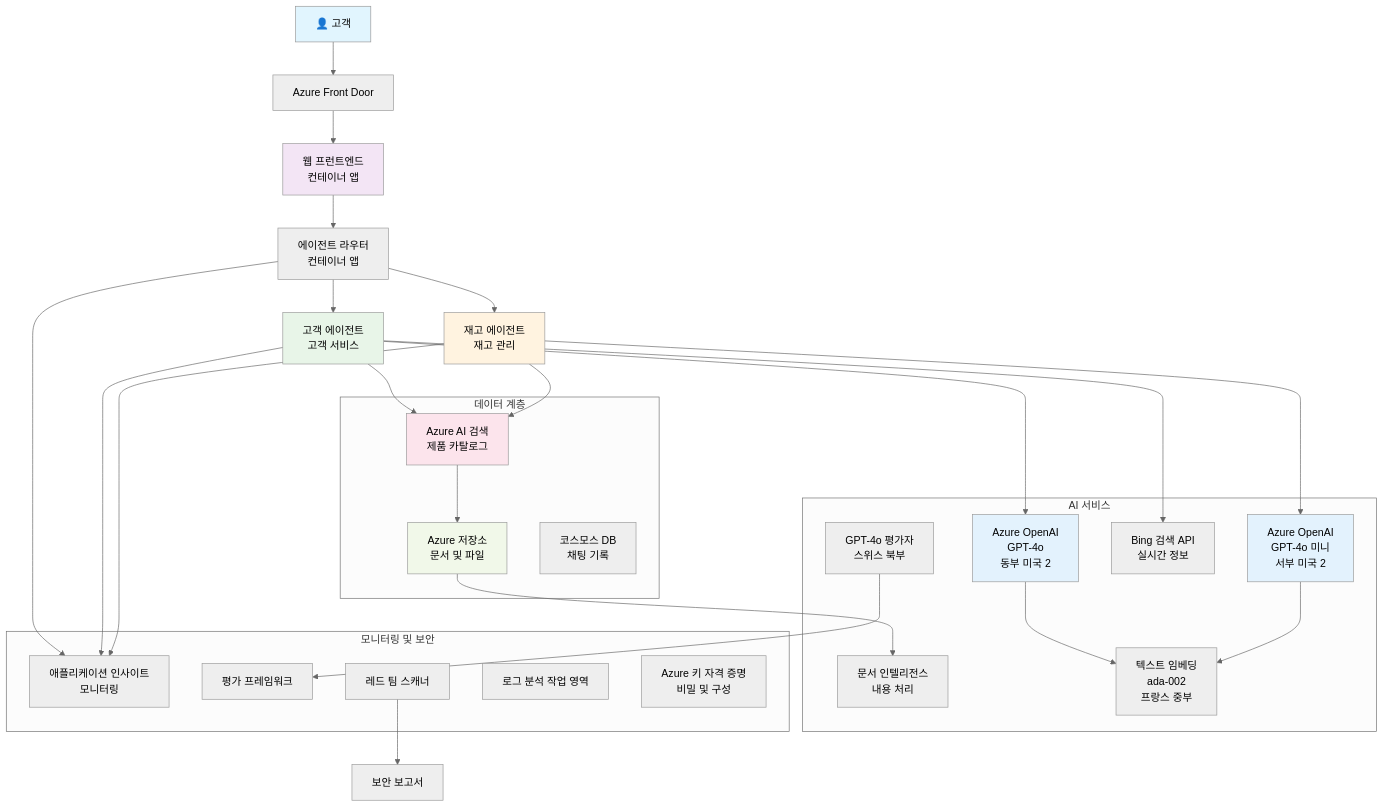
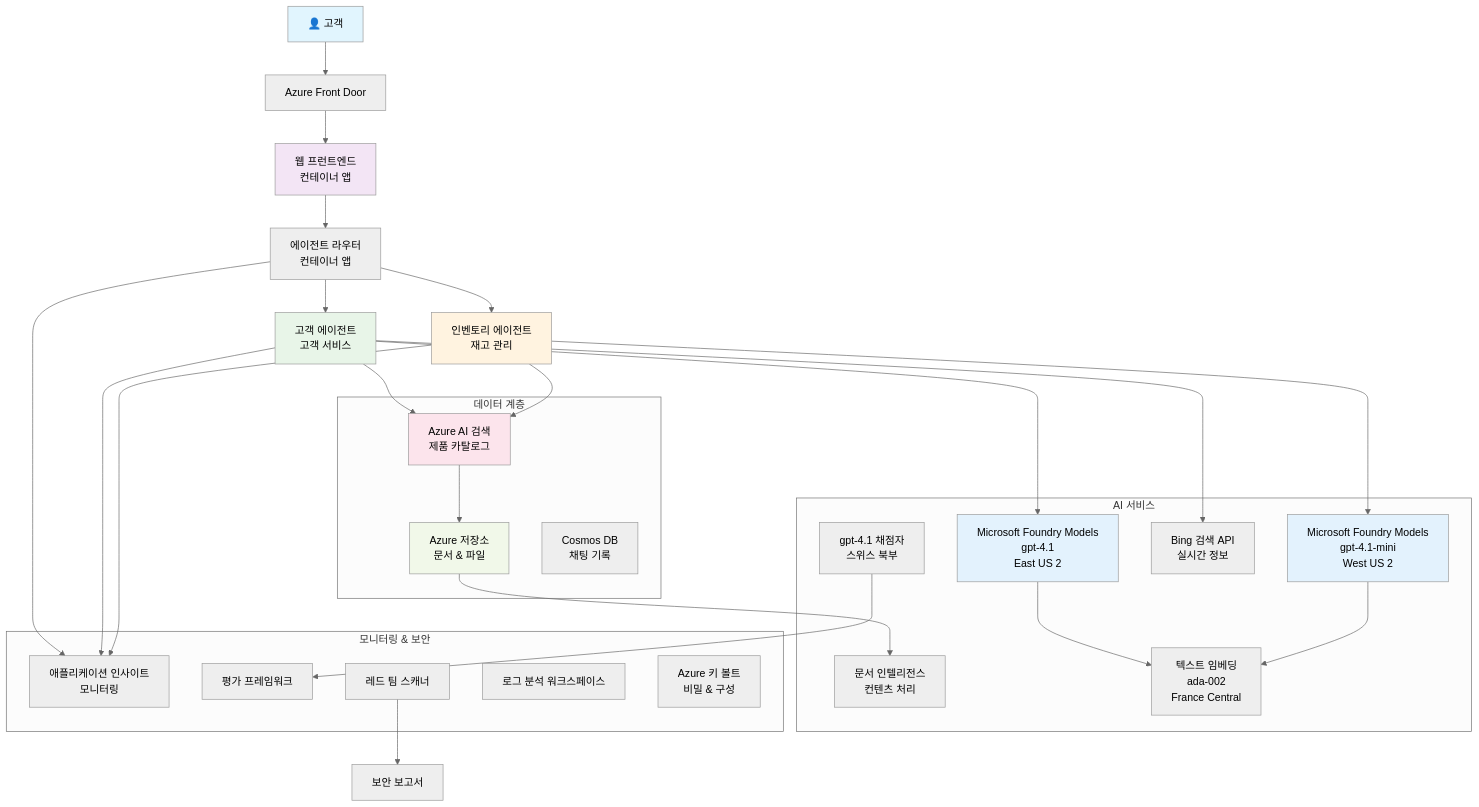
The diagram in translations/ko/examples/retail-scenario.md (microsoft/AZD-for-beginners), drawn with Mermaid (neutral theme) before and after one commit. The commit also changed other lines of this file and 101 other files, not shown here.

````diff
--- a/translations/ko/examples/retail-scenario.md
+++ b/translations/ko/examples/retail-scenario.md
@@ -139,61 +139,61 @@
 ```mermaid
 graph TB
     User[👤 고객] --> LB[Azure Front Door]
     LB --> WebApp[웹 프런트엔드<br/>컨테이너 앱]
     
     WebApp --> Router[에이전트 라우터<br/>컨테이너 앱]
     Router --> CustomerAgent[고객 에이전트<br/>고객 서비스]
-    Router --> InvAgent[재고 에이전트<br/>재고 관리]
+    Router --> InvAgent[인벤토리 에이전트<br/>재고 관리]
     
-    CustomerAgent --> OpenAI1[Azure OpenAI<br/>GPT-4o<br/>동부 미국 2]
-    InvAgent --> OpenAI2[Azure OpenAI<br/>GPT-4o 미니<br/>서부 미국 2]
+    CustomerAgent --> OpenAI1[Microsoft Foundry Models<br/>gpt-4.1<br/>East US 2]
+    InvAgent --> OpenAI2[Microsoft Foundry Models<br/>gpt-4.1-mini<br/>West US 2]
     
     CustomerAgent --> AISearch[Azure AI 검색<br/>제품 카탈로그]
     CustomerAgent --> BingSearch[Bing 검색 API<br/>실시간 정보]
     InvAgent --> AISearch
     
-    AISearch --> Storage[Azure 저장소<br/>문서 및 파일]
-    Storage --> DocIntel[문서 인텔리전스<br/>내용 처리]
+    AISearch --> Storage[Azure 저장소<br/>문서 & 파일]
+    Storage --> DocIntel[문서 인텔리전스<br/>컨텐츠 처리]
     
-    OpenAI1 --> Embeddings[텍스트 임베딩<br/>ada-002<br/>프랑스 중부]
+    OpenAI1 --> Embeddings[텍스트 임베딩<br/>ada-002<br/>France Central]
     OpenAI2 --> Embeddings
     
     Router --> AppInsights[애플리케이션 인사이트<br/>모니터링]
     CustomerAgent --> AppInsights
     InvAgent --> AppInsights
     
-    GraderModel[GPT-4o 평가자<br/>스위스 북부] --> Evaluation[평가 프레임워크]
+    GraderModel[gpt-4.1 채점자<br/>스위스 북부] --> Evaluation[평가 프레임워크]
     RedTeam[레드 팀 스캐너] --> SecurityReports[보안 보고서]
     
     subgraph "데이터 계층"
         Storage
         AISearch
-        CosmosDB[코스모스 DB<br/>채팅 기록]
+        CosmosDB[Cosmos DB<br/>채팅 기록]
     end
     
     subgraph "AI 서비스"
         OpenAI1
         OpenAI2
         Embeddings
         GraderModel
         DocIntel
         BingSearch
     end
     
-    subgraph "모니터링 및 보안"
+    subgraph "모니터링 & 보안"
         AppInsights
-        LogAnalytics[로그 분석 작업 영역]
-        KeyVault[Azure 키 자격 증명<br/>비밀 및 구성]
+        LogAnalytics[로그 분석 워크스페이스]
+        KeyVault[Azure 키 볼트<br/>비밀 & 구성]
         RedTeam
         Evaluation
     end
     
     style User fill:#e1f5fe
     style WebApp fill:#f3e5f5
     style CustomerAgent fill:#e8f5e8
     style InvAgent fill:#fff3e0
     style OpenAI1 fill:#e3f2fd
     style OpenAI2 fill:#e3f2fd
     style AISearch fill:#fce4ec
     style Storage fill:#f1f8e9
 ```  
````
